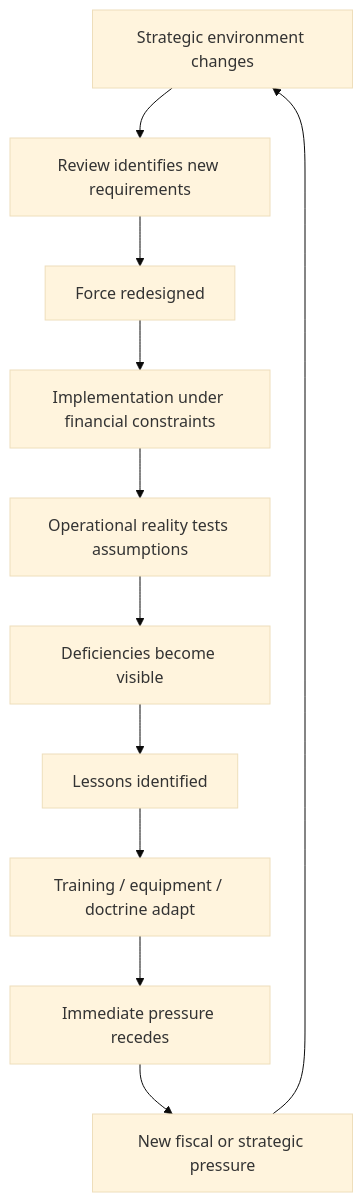
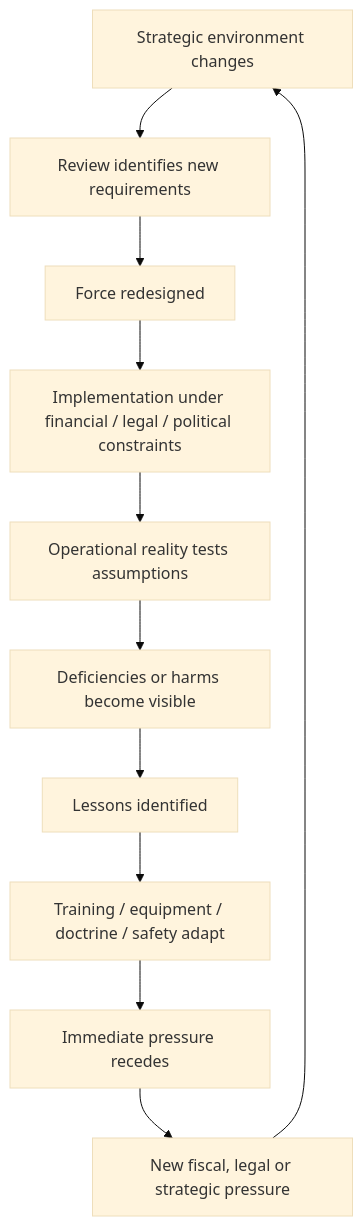
The diagram in 🌓_3_In_The_Moment/📲_Press_Matters/🌊_Playing_Defence/🪖_Training_Debrief/📋_history_of_presenting_complaint.md (josefsbreakfast/Polaris-Protocol), drawn with Mermaid (base theme) before and after one commit. The commit also changed other lines of this file, not shown here.

````diff
--- a/🌓_3_In_The_Moment/📲_Press_Matters/🌊_Playing_Defence/🪖_Training_Debrief/📋_history_of_presenting_complaint.md
+++ b/🌓_3_In_The_Moment/📲_Press_Matters/🌊_Playing_Defence/🪖_Training_Debrief/📋_history_of_presenting_complaint.md
@@ -1062,13 +1509,13 @@
 ```mermaid
 flowchart TD
     A["Strategic environment changes"] --> B["Review identifies new requirements"]
     B --> C["Force redesigned"]
-    C --> D["Implementation under financial constraints"]
+    C --> D["Implementation under financial / legal / political constraints"]
     D --> E["Operational reality tests assumptions"]
-    E --> F["Deficiencies become visible"]
+    E --> F["Deficiencies or harms become visible"]
     F --> G["Lessons identified"]
-    G --> H["Training / equipment / doctrine adapt"]
+    G --> H["Training / equipment / doctrine / safety adapt"]
     H --> I["Immediate pressure recedes"]
-    I --> J["New fiscal or strategic pressure"]
+    I --> J["New fiscal, legal or strategic pressure"]
     J --> A
 ```
````
